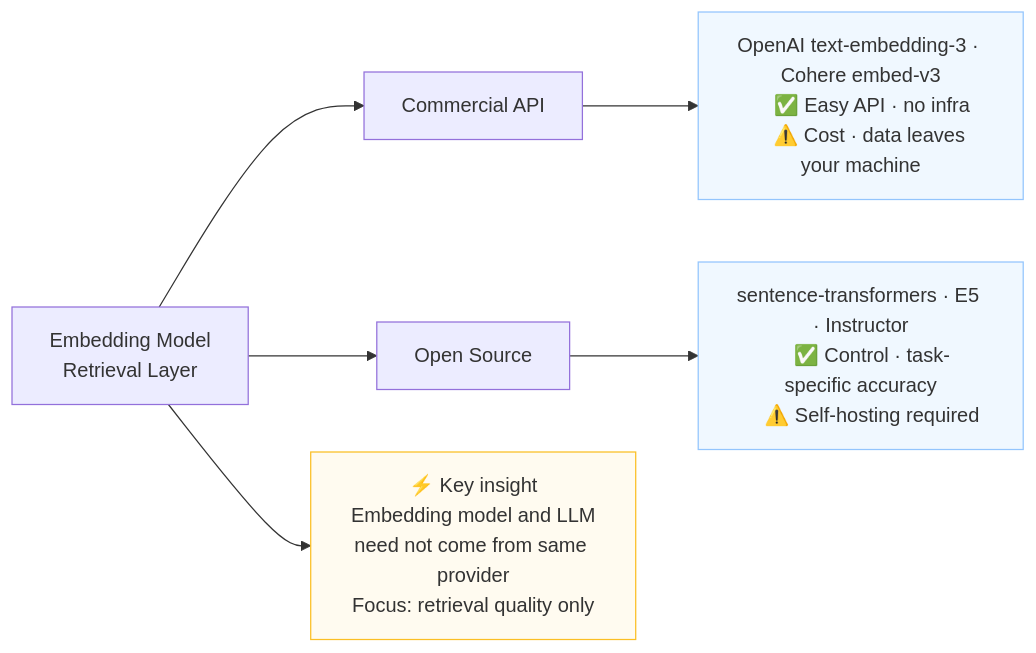
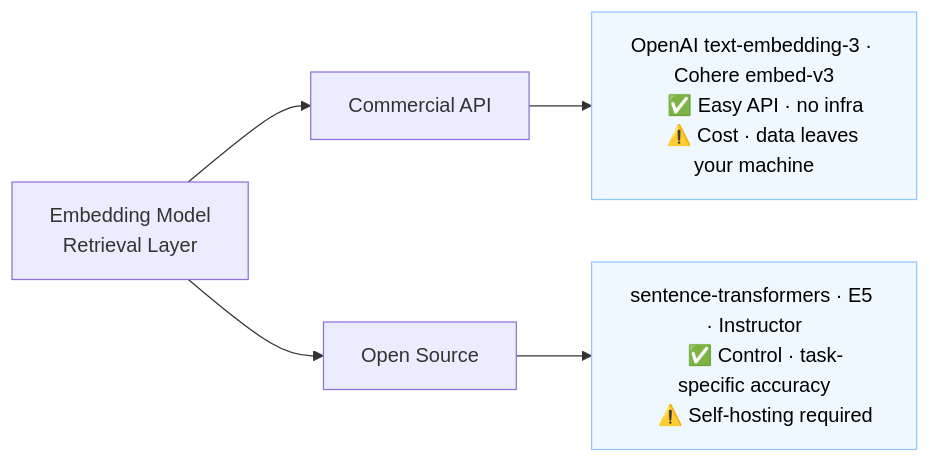
The second of 11 diagrams in docs/architecture.md (DevPartner/second-brain-cli), drawn with Mermaid before and after one commit. The commit also changed other lines of this file, not shown here.

````diff
--- a/docs/architecture.md
+++ b/docs/architecture.md
@@ -50,18 +44,16 @@
 ```mermaid
 graph LR
     EM["Embedding Model\nRetrieval Layer"] --> A[Commercial API]
     EM --> B[Open Source]
-    EM --> N["⚡ Key insight\nEmbedding model and LLM\nneed not come from same provider\nFocus: retrieval quality only"]
 
     A --> A1["OpenAI text-embedding-3 · Cohere embed-v3
     ✅ Easy API · no infra
     ⚠️ Cost · data leaves your machine"]
 
     B --> B1["sentence-transformers · E5 · Instructor
     ✅ Control · task-specific accuracy
     ⚠️ Self-hosting required"]
 
-    style A1 fill:#f0f8ff,stroke:#93c5fd
-    style B1 fill:#f0f8ff,stroke:#93c5fd
-    style N fill:#fffbf0,stroke:#fbbf24
+    style A1 fill:#f0f8ff,stroke:#93c5fd,color:#000000
+    style B1 fill:#f0f8ff,stroke:#93c5fd,color:#000000
 ```
````
